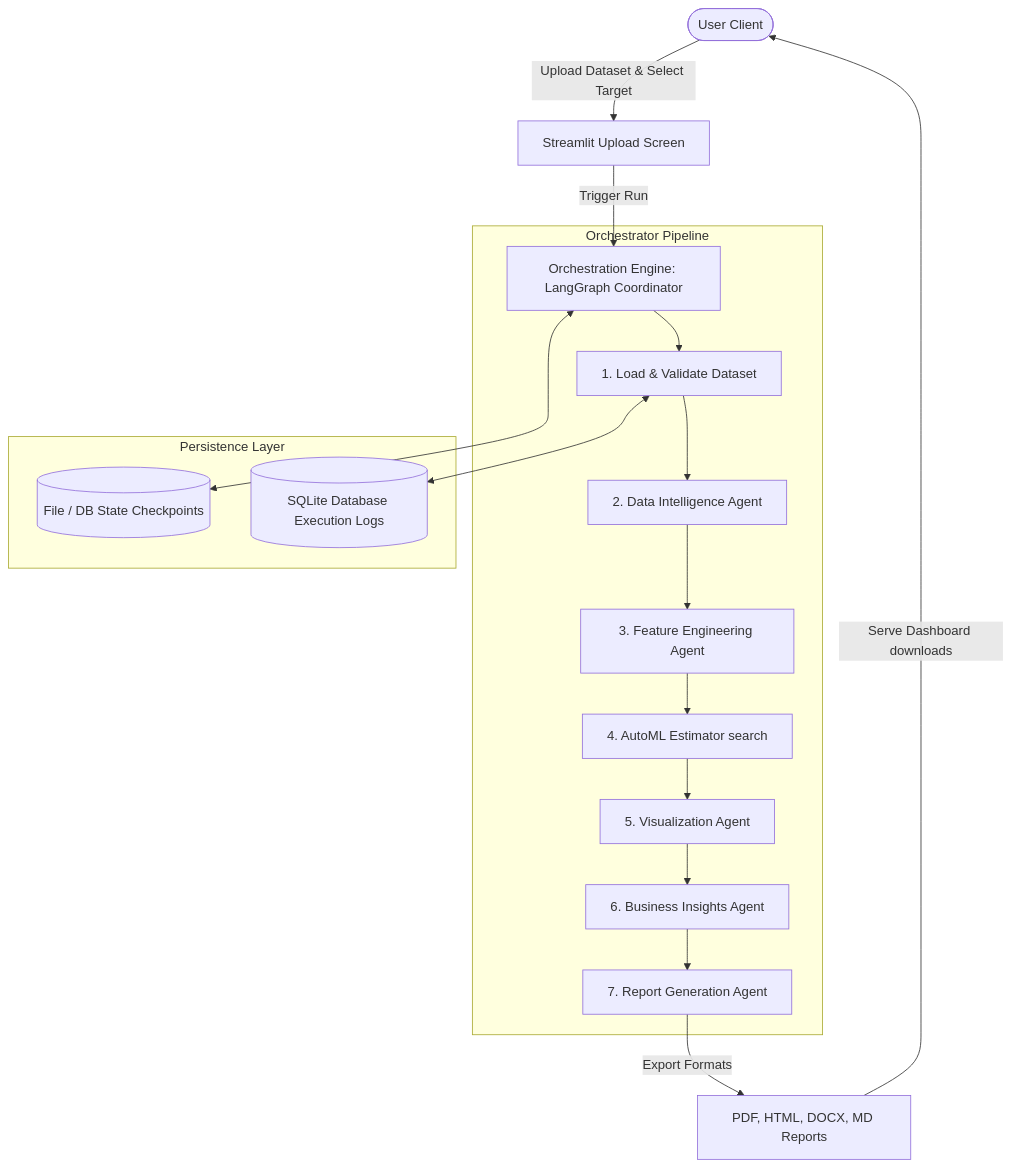
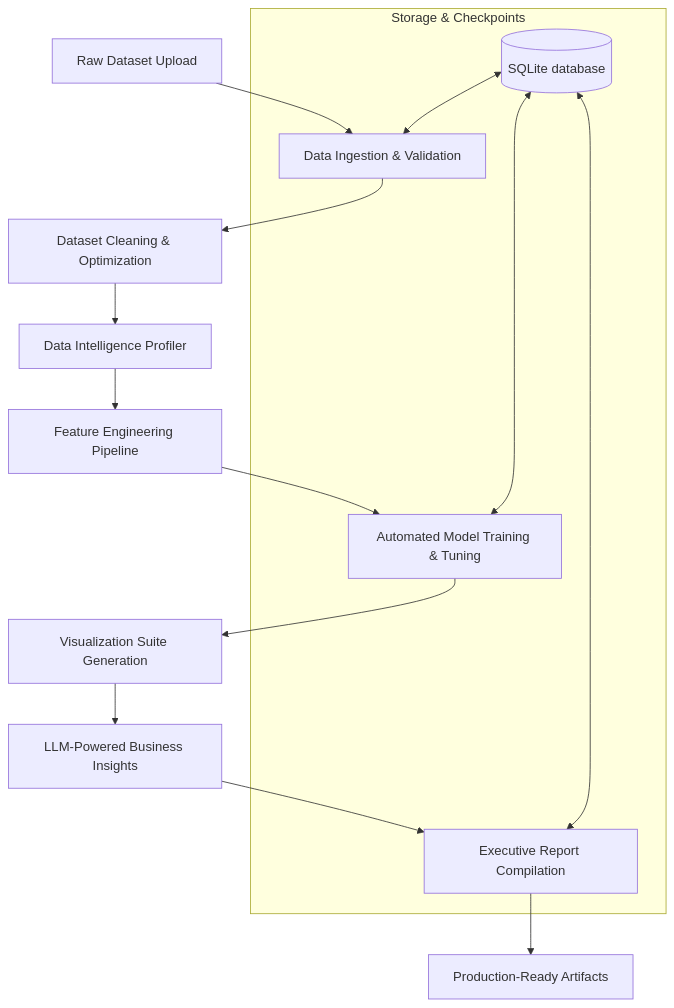
The diagram in README.md (Shubham-3256/capstone-multi-agent-analyst), drawn with Mermaid before and after one commit. The commit also changed other lines of this file and 205 other files, not shown here.

First line of the commit message:
feat: release v1.0.0 - Enterprise Multi-Agent AI Data Analyst

````diff
--- a/README.md
+++ b/README.md
@@ -35,23 +31,18 @@
 ```mermaid
 graph TD
-    User([User Client]) -->|Upload Dataset & Select Target| UploadPage[Streamlit Upload Screen]
-    UploadPage -->|Trigger Run| Orchestrator[Orchestration Engine: LangGraph Coordinator]
+    A[Raw Dataset Upload] --> B[Data Ingestion & Validation]
+    B --> C[Dataset Cleaning & Optimization]
+    C --> D[Data Intelligence Profiler]
+    D --> E[Feature Engineering Pipeline]
+    E --> F[Automated Model Training & Tuning]
+    F --> G[Visualization Suite Generation]
+    G --> H[LLM-Powered Business Insights]
+    H --> I[Executive Report Compilation]
+    I --> J[Production-Ready Artifacts]
     
-    subgraph Orchestrator Pipeline
-        Orchestrator --> NodeLoad[1. Load & Validate Dataset]
-        NodeLoad --> NodeEDA[2. Data Intelligence Agent]
-        NodeEDA --> NodeFE[3. Feature Engineering Agent]
-        NodeFE --> NodeML[4. AutoML Estimator search]
-        NodeML --> NodeViz[5. Visualization Agent]
-        NodeViz --> NodeInsights[6. Business Insights Agent]
-        NodeInsights --> NodeReport[7. Report Generation Agent]
+    subgraph Storage & Checkpoints
+        K[(SQLite database)] <--> B
+        K <--> F
+        K <--> I
     end
-    
-    subgraph Persistence Layer
-        Orchestrator <--> Checkpoints[(File / DB State Checkpoints)]
-        NodeLoad <--> SQLite[(SQLite Database Execution Logs)]
-    end
-
-    NodeReport -->|Export Formats| Output[PDF, HTML, DOCX, MD Reports]
-    Output -->|Serve Dashboard downloads| User
 ```
````
